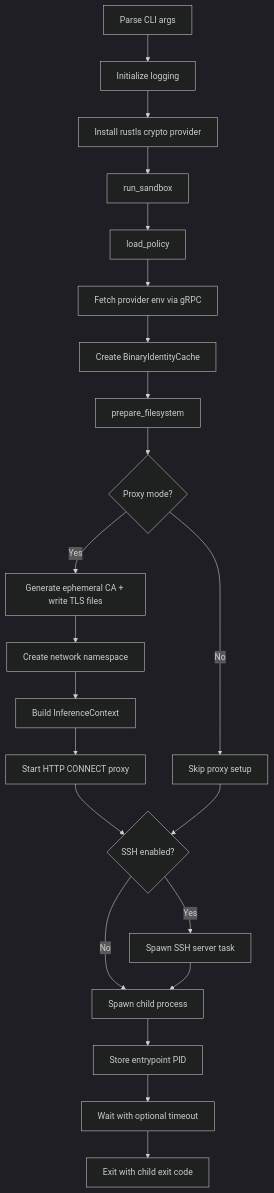
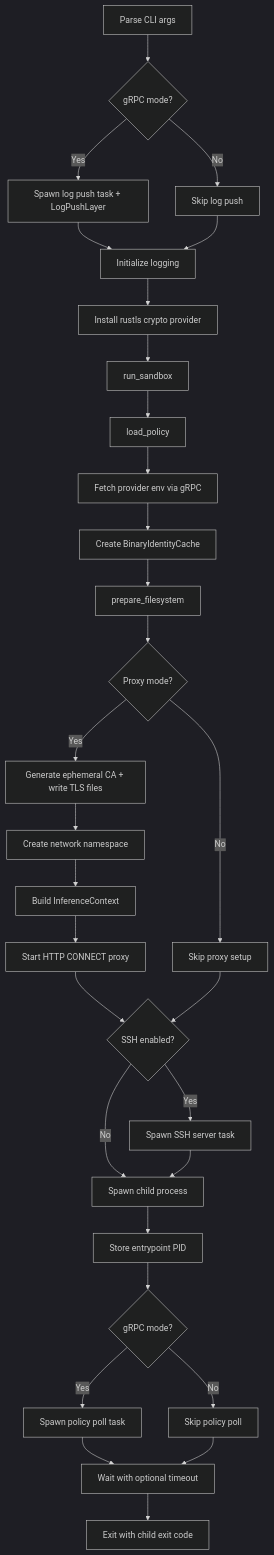
The first of 10 diagrams in architecture/sandbox.md (NVIDIA/OpenShell), drawn with Mermaid (dark theme) before and after one commit. The commit also changed other lines of this file and 32 other files, not shown here.

````diff
--- a/architecture/sandbox.md
+++ b/architecture/sandbox.md
@@ -39,24 +40,32 @@
 ```mermaid
 flowchart TD
-    A[Parse CLI args] --> B[Initialize logging]
+    A[Parse CLI args] --> B0{gRPC mode?}
+    B0 -- Yes --> B1[Spawn log push task + LogPushLayer]
+    B0 -- No --> B2[Skip log push]
+    B1 --> B[Initialize logging with push layer]
+    B2 --> B[Initialize logging]
     B --> C[Install rustls crypto provider]
     C --> D[run_sandbox]
     D --> E[load_policy]
     E --> F[Fetch provider env via gRPC]
     F --> G[Create BinaryIdentityCache]
     G --> H[prepare_filesystem]
     H --> I{Proxy mode?}
     I -- Yes --> J[Generate ephemeral CA + write TLS files]
     J --> K[Create network namespace]
     K --> K2[Build InferenceContext]
     K2 --> L[Start HTTP CONNECT proxy]
     I -- No --> M[Skip proxy setup]
     L --> N{SSH enabled?}
     M --> N
     N -- Yes --> O[Spawn SSH server task]
     N -- No --> P[Spawn child process]
     O --> P
     P --> Q[Store entrypoint PID]
-    Q --> R[Wait with optional timeout]
-    R --> S[Exit with child exit code]
+    Q --> R{gRPC mode?}
+    R -- Yes --> T[Spawn policy poll task]
+    R -- No --> U[Skip policy poll]
+    T --> V[Wait with optional timeout]
+    U --> V
+    V --> S[Exit with child exit code]
 ```
````
